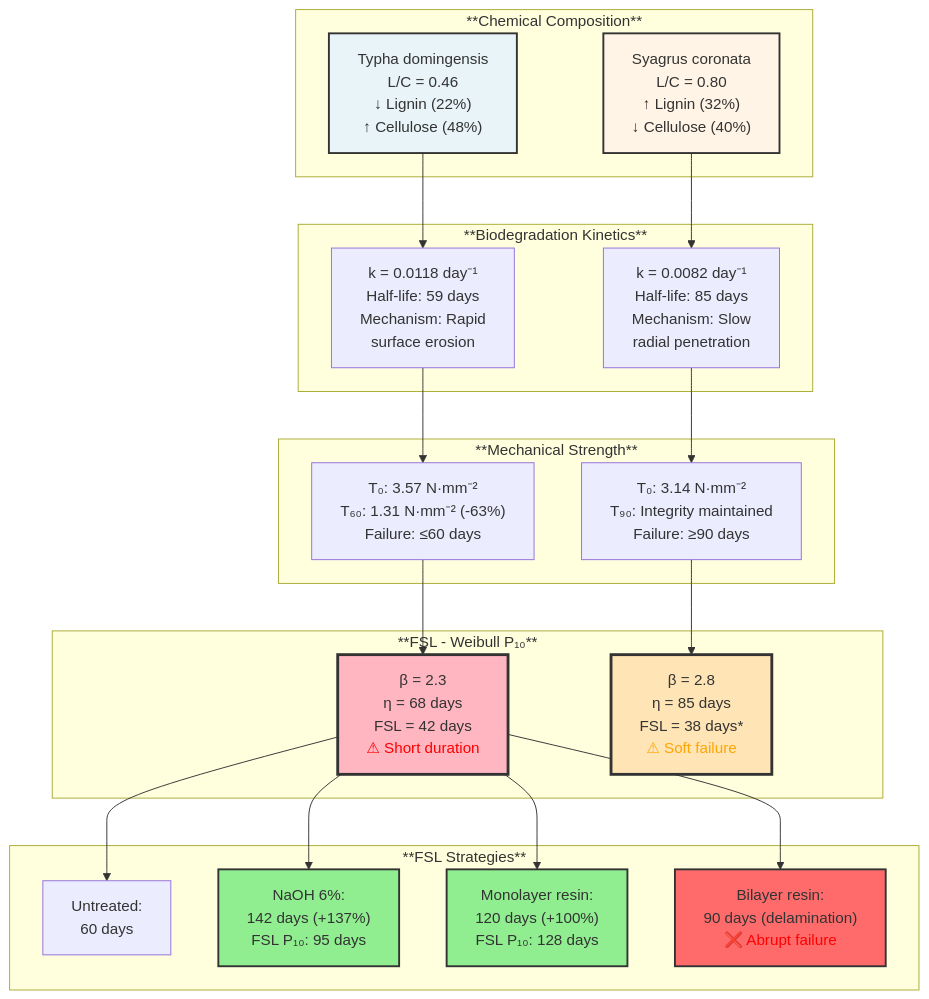
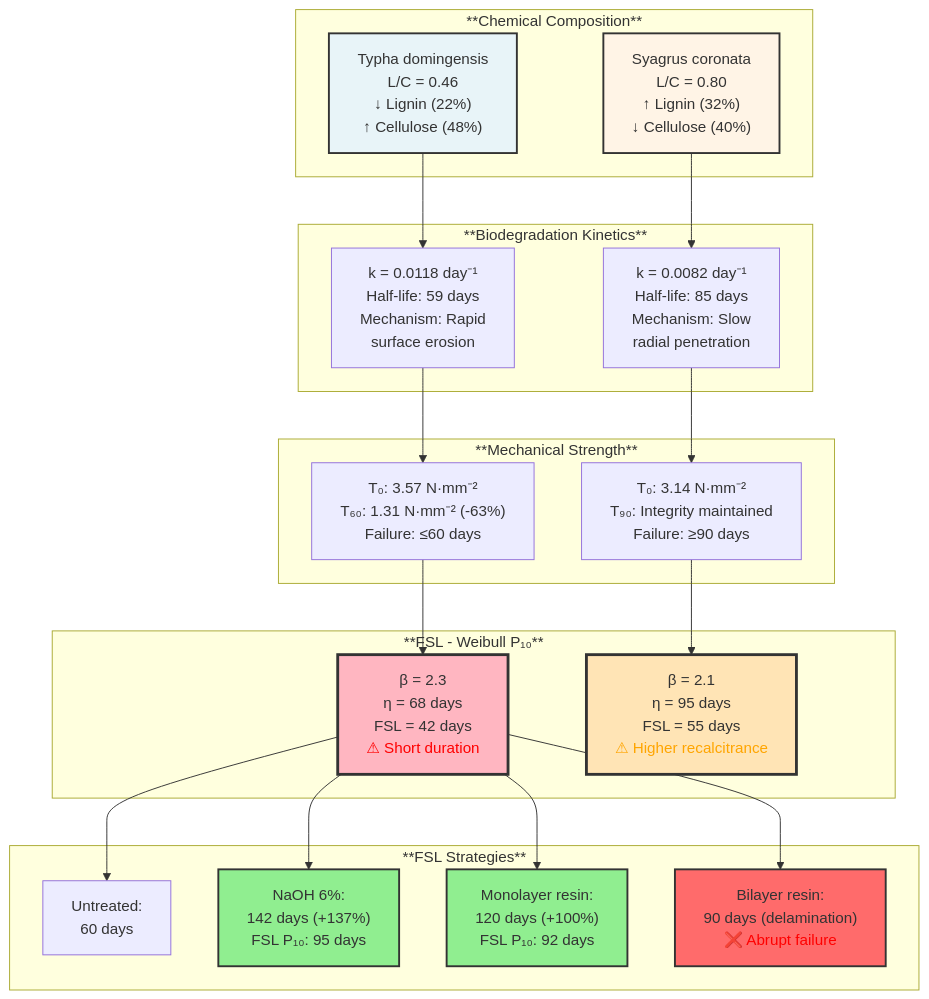
Before and after one commit to ldvsantos-uefs/revisao-sistematica-geotexteis: the diagram in 3-IMAGENS/figura_2_en.mmd, drawn with Mermaid. The commit also changed 8 other files, not shown here.

```diff
--- a/3-IMAGENS/figura_2_en.mmd
+++ b/3-IMAGENS/figura_2_en.mmd
@@ -1,46 +1,46 @@
 graph TD
     subgraph "**Chemical Composition**"
         A1["Typha domingensis<br/>L/C = 0.46<br/>↓ Lignin (22%)<br/>↑ Cellulose (48%)"]
         A2["Syagrus coronata<br/>L/C = 0.80<br/>↑ Lignin (32%)<br/>↓ Cellulose (40%)"]
     end
     
     subgraph "**Biodegradation Kinetics**"
         B1["k = 0.0118 day⁻¹<br/>Half-life: 59 days<br/>Mechanism: Rapid<br/>surface erosion"]
         B2["k = 0.0082 day⁻¹<br/>Half-life: 85 days<br/>Mechanism: Slow<br/>radial penetration"]
     end
     
     subgraph "**Mechanical Strength**"
         C1["T₀: 3.57 N·mm⁻²<br/>T₆₀: 1.31 N·mm⁻² (-63%)<br/>Failure: ≤60 days"]
         C2["T₀: 3.14 N·mm⁻²<br/>T₉₀: Integrity maintained<br/>Failure: ≥90 days"]
     end
     
     subgraph "**FSL - Weibull P₁₀**"
         D1["β = 2.3<br/>η = 68 days<br/>FSL = 42 days<br/><span style='color:red'>⚠ Short duration</span>"]
-        D2["β = 2.8<br/>η = 85 days<br/>FSL = 38 days*<br/><span style='color:orange'>⚠ Soft failure</span>"]
+        D2["β = 2.1<br/>η = 95 days<br/>FSL = 55 days<br/><span style='color:orange'>⚠ Higher recalcitrance</span>"]
     end
     
     subgraph "**FSL Strategies**"
         E1["Untreated:<br/>60 days"]
         E2["NaOH 6%:<br/>142 days (+137%)<br/>FSL P₁₀: 95 days"]
-        E3["Monolayer resin:<br/>120 days (+100%)<br/>FSL P₁₀: 128 days"]
+        E3["Monolayer resin:<br/>120 days (+100%)<br/>FSL P₁₀: 92 days"]
         E4["Bilayer resin:<br/>90 days (delamination)<br/><span style='color:red'>❌ Abrupt failure</span>"]
     end
     
     A1 --> B1
     A2 --> B2
     B1 --> C1
     B2 --> C2
     C1 --> D1
     C2 --> D2
     D1 --> E1
     D1 --> E2
     D1 --> E3
     D1 --> E4
     
     style A1 fill:#E8F4F8,stroke:#333,stroke-width:2px
     style A2 fill:#FFF4E6,stroke:#333,stroke-width:2px
     style D1 fill:#FFB6C1,stroke:#333,stroke-width:3px
     style D2 fill:#FFE4B5,stroke:#333,stroke-width:3px
     style E2 fill:#90EE90,stroke:#333,stroke-width:2px
     style E3 fill:#90EE90,stroke:#333,stroke-width:2px
     style E4 fill:#FF6B6B,stroke:#333,stroke-width:2px
```
